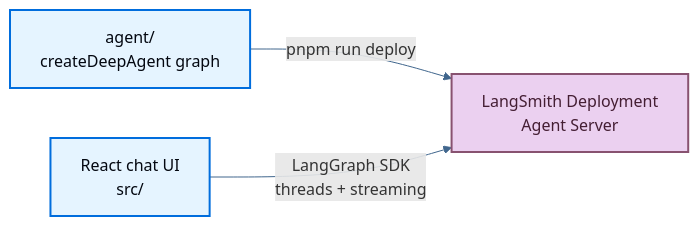
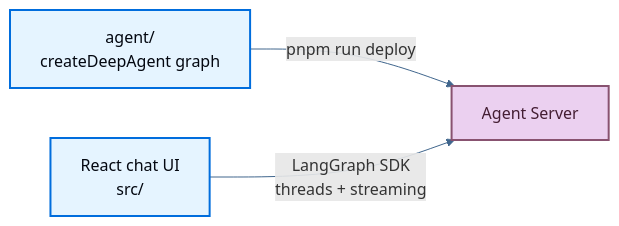
One commit to Eyre921/ofiicial-developer-docs changed the diagram in agent-frameworks/langchain/pages/langsmith/deploy-vite-langsmith.md. Above: the diagram before and after it, drawn with Mermaid. The commit also changed other lines of this file and 1219 other files, not shown here.

````diff
--- a/agent-frameworks/langchain/pages/langsmith/deploy-vite-langsmith.md
+++ b/agent-frameworks/langchain/pages/langsmith/deploy-vite-langsmith.md
@@ -31,11 +31,11 @@
 ```mermaid theme={"theme":{"light":"catppuccin-latte","dark":"catppuccin-mocha"}}
 %%{init: {"themeVariables": {"lineColor": "#40668D", "primaryColor": "#E5F4FF", "primaryTextColor": "#030710", "primaryBorderColor": "#006DDD"}}}%%
 flowchart LR
-  A["agent/<br/>createDeepAgent graph"] -->|"pnpm run deploy"| B["LangSmith Deployment<br/>Agent Server"]
+  A["agent/<br/>createDeepAgent graph"] -->|"pnpm run deploy"| B["Agent Server"]
   C["React chat UI<br/>src/"] -->|"LangGraph SDK<br/>threads + streaming"| B
 
   classDef process fill:#E5F4FF,stroke:#006DDD,stroke-width:2px,color:#030710
   classDef output fill:#EBD0F0,stroke:#885270,stroke-width:2px,color:#441E33
   class A,C process
   class B output
 ```
````
